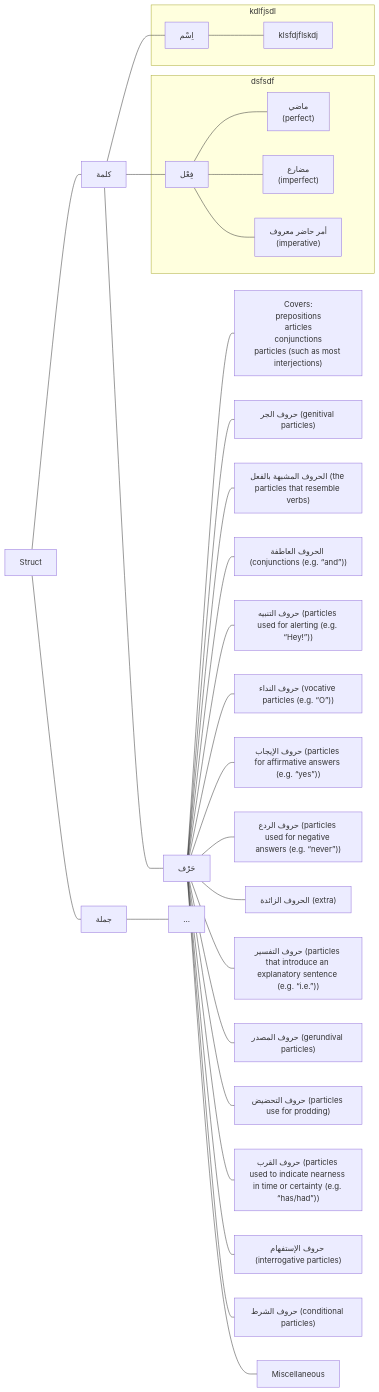
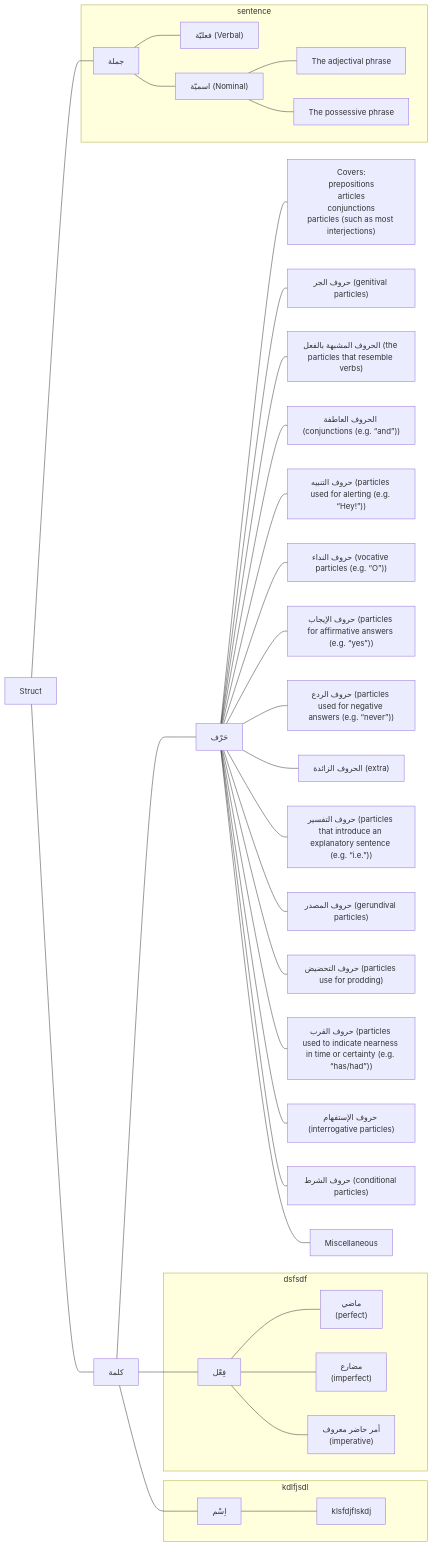
Before and after one commit to AttilaVural/AttilaVural.github.io: the diagram in gramma_chart.md, drawn with Mermaid.

````diff
--- a/gramma_chart.md
+++ b/gramma_chart.md
@@ -1,34 +1,39 @@
 ```mermaid
 flowchart LR
     A[Struct]
         A---B1[كلمة]
             B1---C11["اِسْم"]
             subgraph kdlfjsdl
                 C11---D3.1[klsfdjflskdj]
             end
             B1---C12["فِعْل"]
             subgraph dsfsdf
                 C12---D11["ماضي <br />(perfect)"]
                 C12---D12[" مضارع <br />(imperfect)"]
                 C12---D13["أمر حاضر معروف <br />(imperative)"]
             end
             B1---C13["حَرْف"]
                 C13---D2.1["Covers:<br />prepositions<br />articles<br />conjunctions<br />particles (such as most interjections)"]
                 C13---D2.2["حروف الجر (genitival particles)"]
                 C13---D2.3["الحروف المشبهة بالفعل (the particles that resemble verbs)"]
                 C13---D2.4["الحروف العاطفة (conjunctions (e.g. “and”))"]
                 C13---D2.5["حروف التنبيه (particles used for alerting (e.g. “Hey!”))"]
                 C13---D2.6["حروف النداء (vocative particles (e.g. “O”))"]
                 C13---D2.7["حروف الإيجاب (particles for affirmative answers (e.g. “yes”))"]
                 C13---D2.8["حروف الردع (particles used for negative answers (e.g. “never”))"]
                 C13---D2.9["الحروف الزائدة (extra)"]
                 C13---D2.10["حروف التفسير (particles that introduce an explanatory sentence (e.g. “i.e.”))"]
                 C13---D2.11["حروف المصدر (gerundival particles)"]
                 C13---D2.12["حروف التحضيض (particles use for prodding)"]
                 C13---D2.13["حروف القرب (particles used to indicate nearness in time or certainty (e.g. “has/had”))"]
                 C13---D2.14["حروف الإستفهام (interrogative particles)"]
                 C13---D2.15["حروف الشرط (conditional particles)"]
                 C13---D2.16["Miscellaneous"]
         A---B2[جملة]
-            B2---C21["..."]
+            subgraph sentence
+            B2---C21["فعليّة (Verbal)"]
+            B2---C22["اسميّة (Nominal)"]
+                C22---D41["The adjectival phrase"]
+                C22---D42["The possessive phrase"]
+            end
 ```
````
